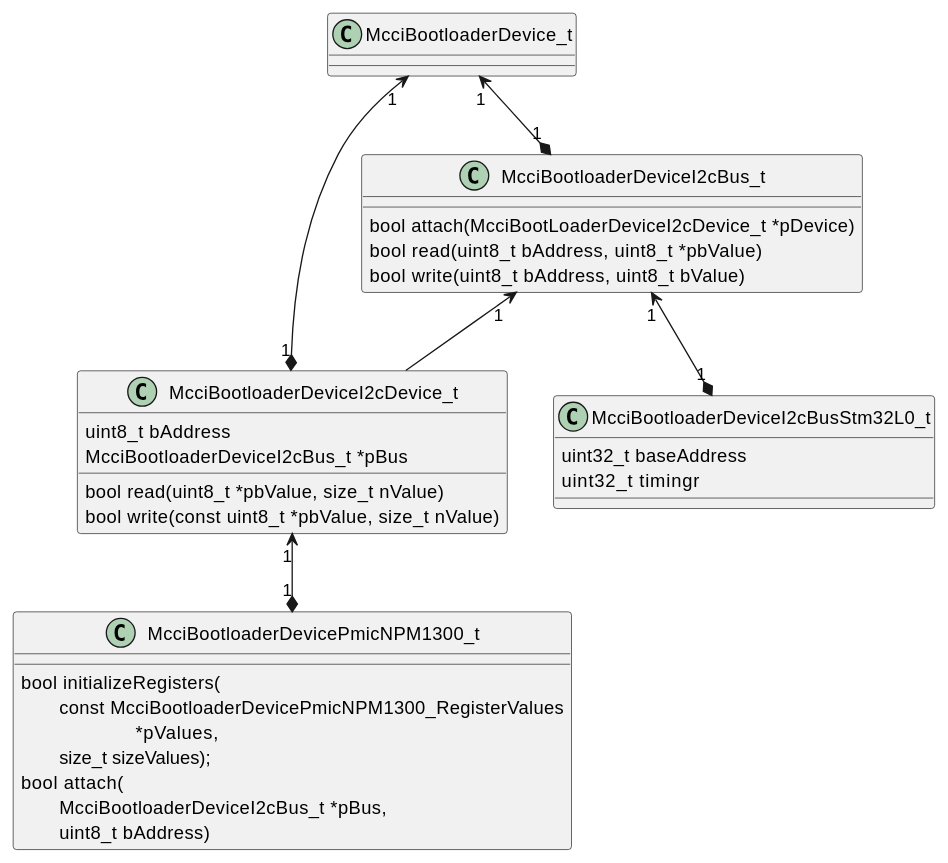
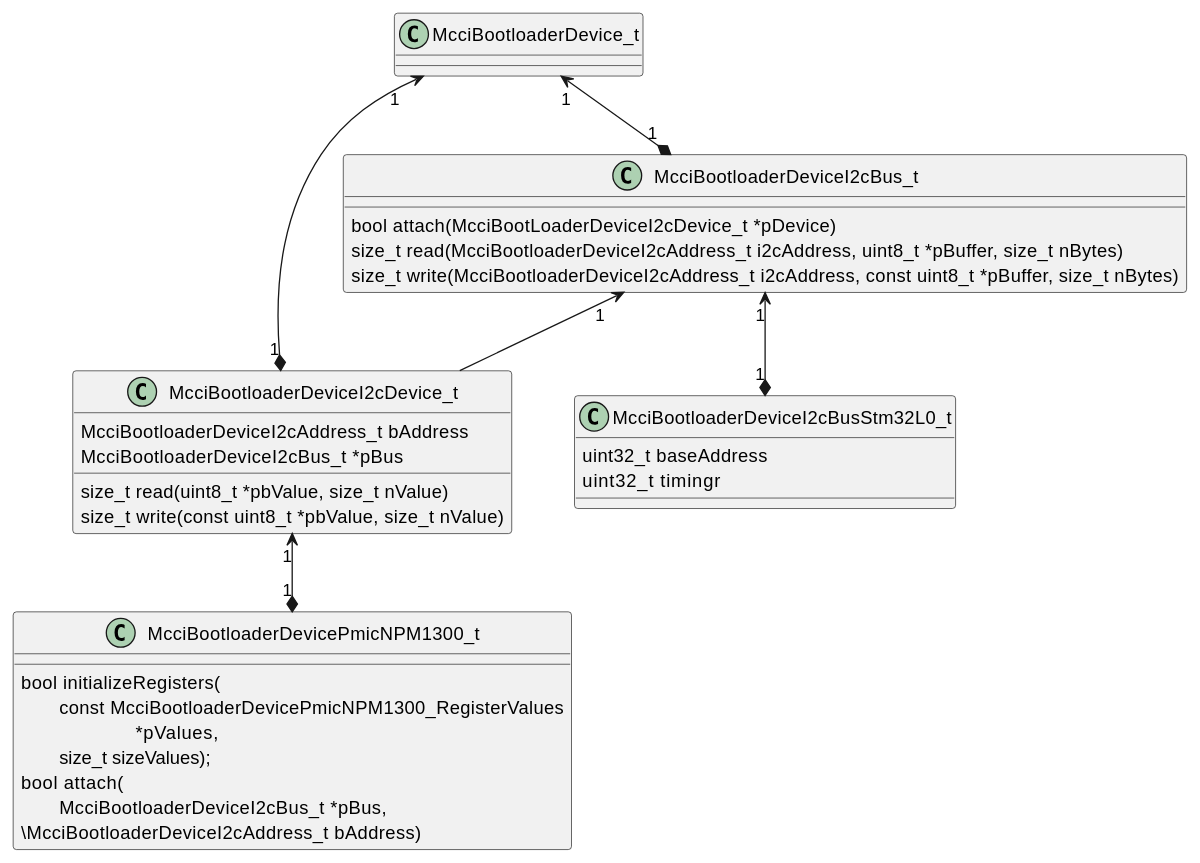
Before and after one commit to mcci-catena/bootloader: the diagram in platform/soc/stm32l0/README.md, drawn with PlantUML. The commit also changed other lines of this file and 9 other files, not shown here.

````diff
--- a/platform/soc/stm32l0/README.md
+++ b/platform/soc/stm32l0/README.md
@@ -110,34 +110,34 @@
 ```plantuml
 @startuml
 class McciBootloaderDevice_t
 class McciBootloaderDeviceI2cBus_t
 class McciBootloaderDeviceI2cDevice_t
 class McciBootloaderDevicePmicNPM1300_t
 class McciBootloaderDeviceI2cBusStm32L0_t
 class McciBootloaderDevicePmicNPM1300_t
 
 McciBootloaderDevice_t "1" <--* "1" McciBootloaderDeviceI2cBus_t
 
 McciBootloaderDeviceI2cBus_t "1" <--* "1" McciBootloaderDeviceI2cBusStm32L0_t
 
 McciBootloaderDeviceI2cBus_t "1" <-- McciBootloaderDeviceI2cDevice_t
 
 McciBootloaderDevice_t "1" <--* "1" McciBootloaderDeviceI2cDevice_t
 McciBootloaderDeviceI2cDevice_t "1" <--* "1" McciBootloaderDevicePmicNPM1300_t
 
 McciBootloaderDeviceI2cBus_t : bool attach(McciBootLoaderDeviceI2cDevice_t *pDevice)
-McciBootloaderDeviceI2cBus_t : bool read(uint8_t bAddress, uint8_t *pbValue)
-McciBootloaderDeviceI2cBus_t : bool write(uint8_t bAddress, uint8_t bValue)
+McciBootloaderDeviceI2cBus_t : size_t read(McciBootloaderDeviceI2cAddress_t i2cAddress, uint8_t *pBuffer, size_t nBytes)
+McciBootloaderDeviceI2cBus_t : size_t write(McciBootloaderDeviceI2cAddress_t i2cAddress, const uint8_t *pBuffer, size_t nBytes)
 
 McciBootloaderDeviceI2cBusStm32L0_t : uint32_t baseAddress
 McciBootloaderDeviceI2cBusStm32L0_t : uint32_t timingr
 
-McciBootloaderDeviceI2cDevice_t : uint8_t bAddress
+McciBootloaderDeviceI2cDevice_t : McciBootloaderDeviceI2cAddress_t bAddress
 McciBootloaderDeviceI2cDevice_t : McciBootloaderDeviceI2cBus_t *pBus
-McciBootloaderDeviceI2cDevice_t : bool read(uint8_t *pbValue, size_t nValue)
-McciBootloaderDeviceI2cDevice_t : bool write(const uint8_t *pbValue, size_t nValue)
+McciBootloaderDeviceI2cDevice_t : size_t read(uint8_t *pbValue, size_t nValue)
+McciBootloaderDeviceI2cDevice_t : size_t write(const uint8_t *pbValue, size_t nValue)
 
 McciBootloaderDevicePmicNPM1300_t : bool initializeRegisters(\n\tconst McciBootloaderDevicePmicNPM1300_RegisterValues\n\t\t\t*pValues,\n\tsize_t sizeValues);
-McciBootloaderDevicePmicNPM1300_t : bool attach(\n\tMcciBootloaderDeviceI2cBus_t *pBus,\n\tuint8_t bAddress)
+McciBootloaderDevicePmicNPM1300_t : bool attach(\n\tMcciBootloaderDeviceI2cBus_t *pBus,\n\McciBootloaderDeviceI2cAddress_t bAddress)
 @enduml
 ```
````
